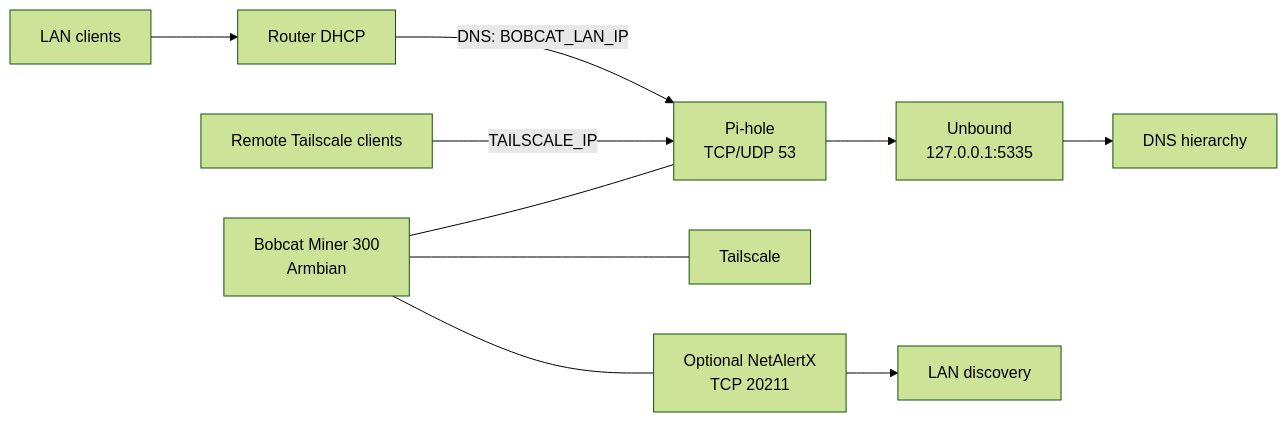
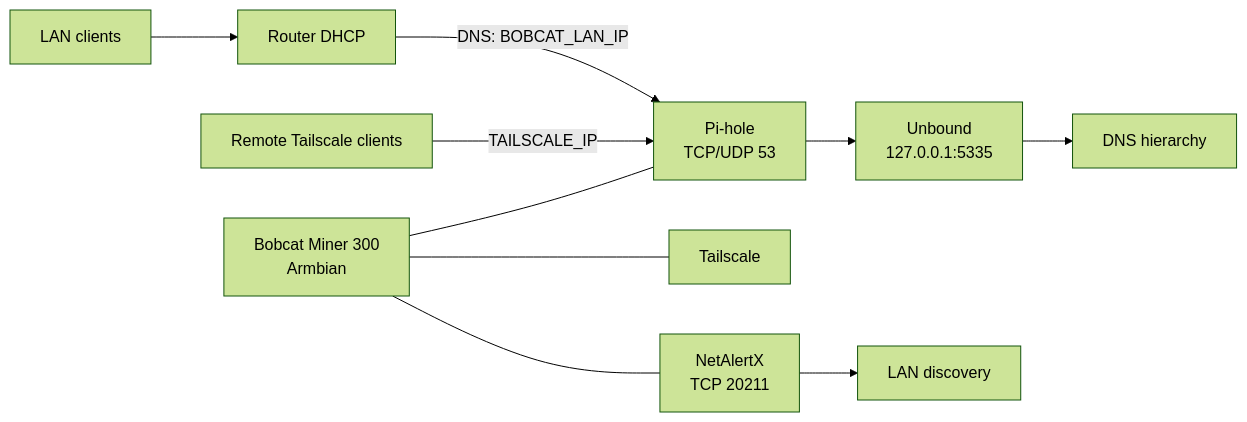
Before and after one commit to CocoHusky/bobcat300-dns: the first of 2 diagrams in README.md, drawn with Mermaid (forest theme). The commit also changed other lines of this file and 2 other files, not shown here.

````diff
--- a/README.md
+++ b/README.md
@@ -52,12 +52,12 @@
 ```mermaid
 flowchart LR
     clients[LAN clients] --> router[Router DHCP]
     router -->|DNS: BOBCAT_LAN_IP| pihole[Pi-hole<br/>TCP/UDP 53]
     remote[Remote Tailscale clients] -->|TAILSCALE_IP| pihole
     pihole --> unbound[Unbound<br/>127.0.0.1:5335]
     unbound --> roots[DNS hierarchy]
     bobcat[Bobcat Miner 300<br/>Armbian] --- pihole
     bobcat --- tailscale[Tailscale]
-    bobcat --- monitor[Optional NetAlertX<br/>TCP 20211]
+    bobcat --- monitor[NetAlertX<br/>TCP 20211]
     monitor --> lanwatch[LAN discovery]
 ```
````
